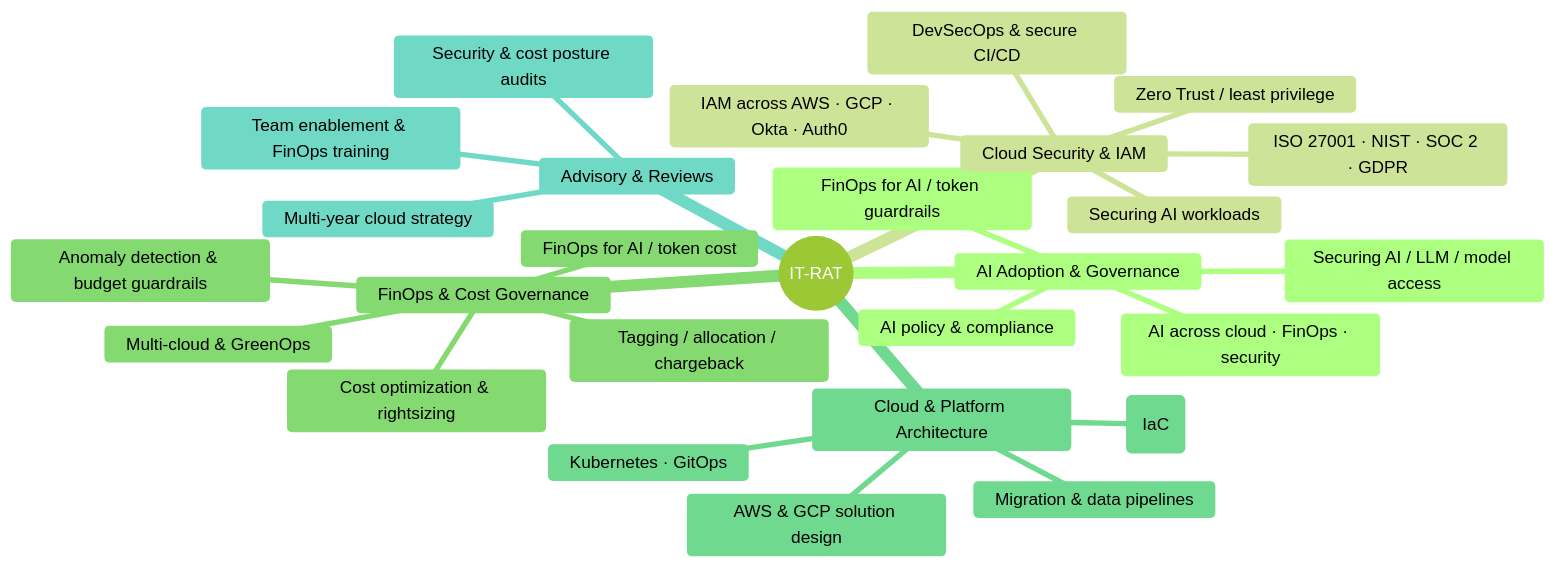
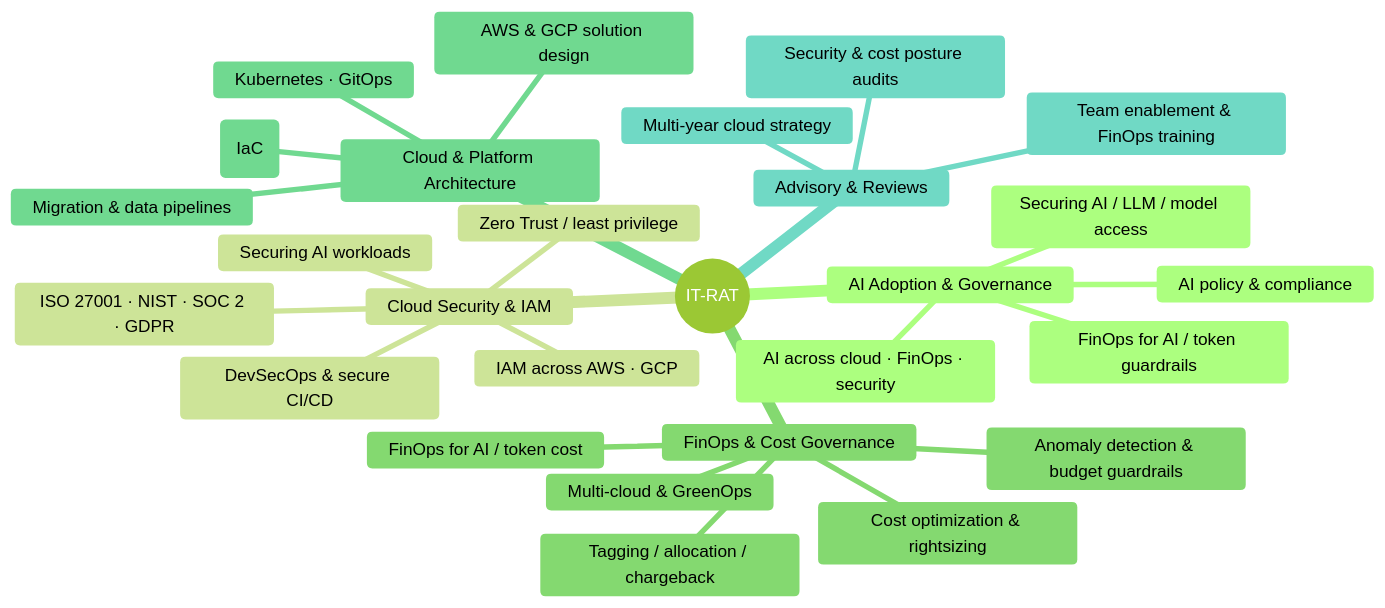
One commit to it-rat/it-rat.github.io changed the third of 4 diagrams in README.md. Above: the diagram before and after it, drawn with Mermaid (forest theme). The commit also changed other lines of this file and 2 other files, not shown here.

First line of the commit message:
team + copy: remove employer names and Okta/Auth0 mentions

````diff
--- a/README.md
+++ b/README.md
@@ -80,30 +80,30 @@
 ```mermaid
 mindmap
   root((IT-RAT))
     AI Adoption & Governance
       AI across cloud · FinOps · security
       Securing AI / LLM / model access
       FinOps for AI / token guardrails
       AI policy & compliance
     Cloud Security & IAM
       Zero Trust / least privilege
-      IAM across AWS · GCP · Okta · Auth0
+      IAM across AWS · GCP
       DevSecOps & secure CI/CD
       Securing AI workloads
       ISO 27001 · NIST · SOC 2 · GDPR
     FinOps & Cost Governance
       Cost optimization & rightsizing
       Tagging / allocation / chargeback
       Anomaly detection & budget guardrails
       FinOps for AI / token cost
       Multi-cloud & GreenOps
     Cloud & Platform Architecture
       AWS & GCP solution design
       Kubernetes · GitOps
       Terraform / Terragrunt (IaC)
       Migration & data pipelines
     Advisory & Reviews
       Security & cost posture audits
       Multi-year cloud strategy
       Team enablement & FinOps training
 ```
````
